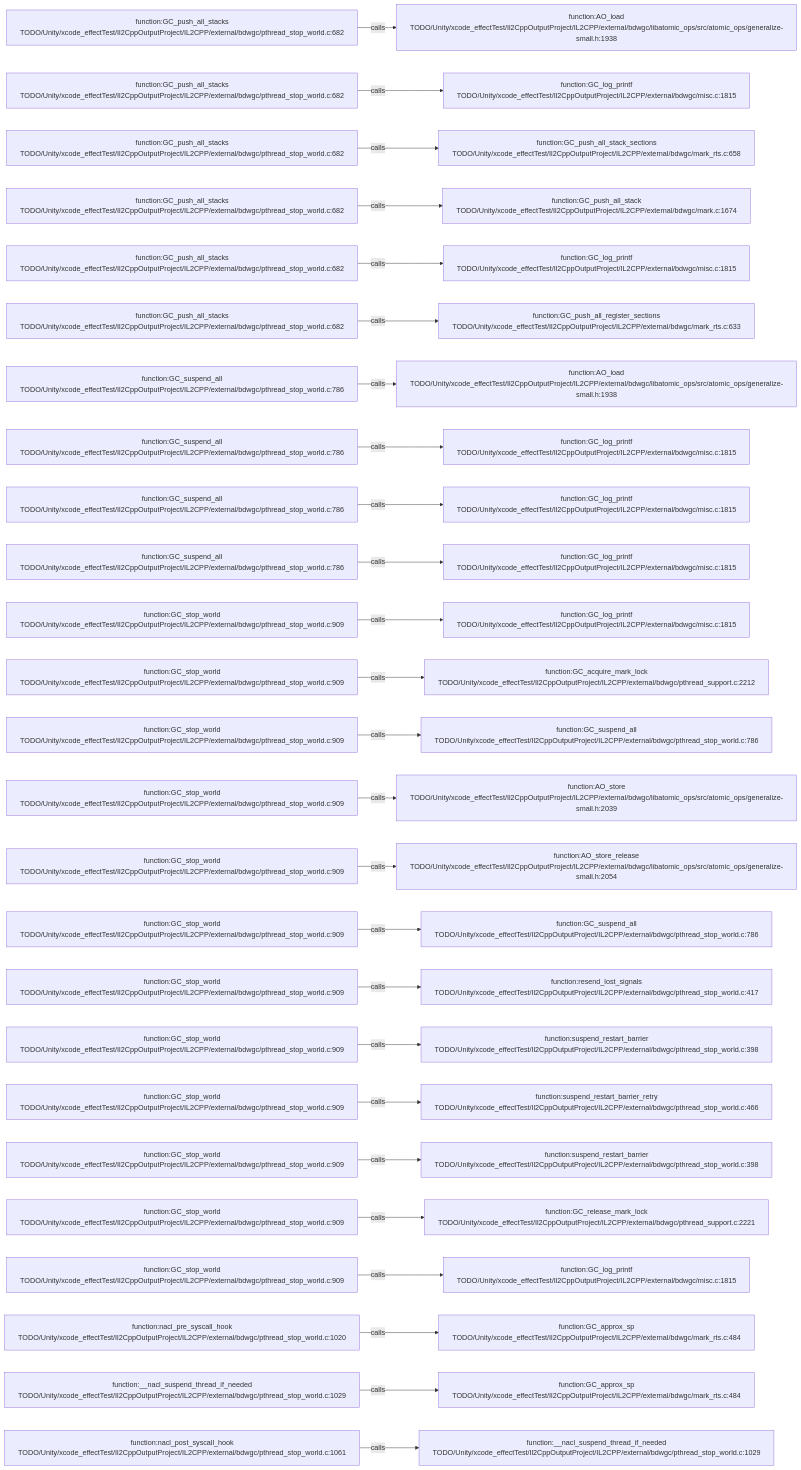
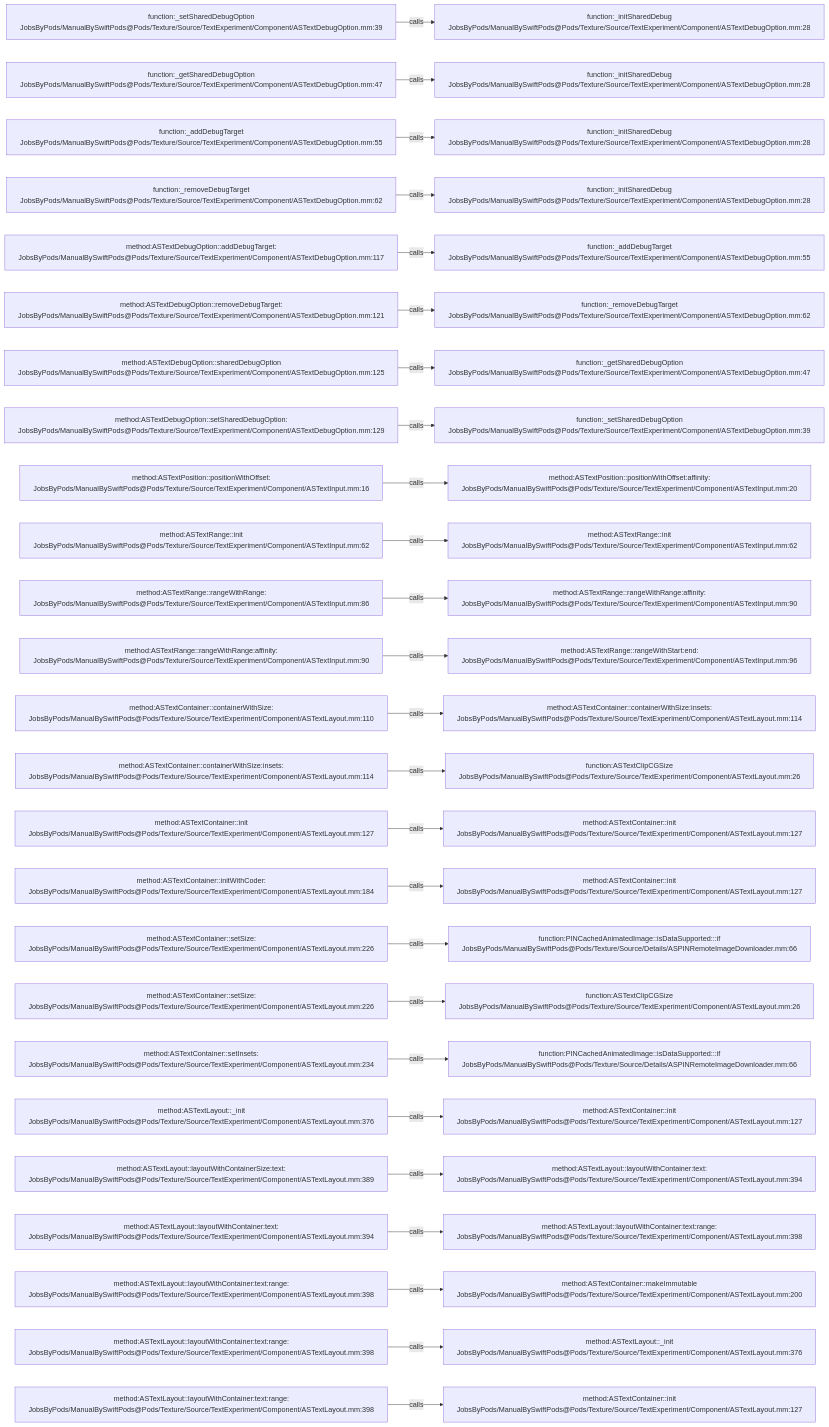
The diagram in .codegraph/codegraph.md/graphs/calls-150.md (JobsKits/JobsSwiftBaseConfigDemo), drawn with Mermaid before and after one commit. The commit also changed 2959 other files, not shown here.

````diff
--- a/.codegraph/codegraph.md/graphs/calls-150.md
+++ b/.codegraph/codegraph.md/graphs/calls-150.md
@@ -13,78 +13,78 @@
 ```mermaid
 flowchart LR
-  S1["function:GC_push_all_stacks<br/>TODO/Unity/xcode_effectTest/Il2CppOutputProject/IL2CPP/external/bdwgc/pthread_stop_world.c:682"]
-  T1["function:AO_load<br/>TODO/Unity/xcode_effectTest/Il2CppOutputProject/IL2CPP/external/bdwgc/libatomic_ops/src/atomic_ops/generalize-small.h:1938"]
+  S1["function:_setSharedDebugOption<br/>JobsByPods/ManualBySwiftPods@Pods/Texture/Source/TextExperiment/Component/ASTextDebugOption.mm:39"]
+  T1["function:_initSharedDebug<br/>JobsByPods/ManualBySwiftPods@Pods/Texture/Source/TextExperiment/Component/ASTextDebugOption.mm:28"]
   S1 -->|calls| T1
-  S2["function:GC_push_all_stacks<br/>TODO/Unity/xcode_effectTest/Il2CppOutputProject/IL2CPP/external/bdwgc/pthread_stop_world.c:682"]
-  T2["function:GC_log_printf<br/>TODO/Unity/xcode_effectTest/Il2CppOutputProject/IL2CPP/external/bdwgc/misc.c:1815"]
+  S2["function:_getSharedDebugOption<br/>JobsByPods/ManualBySwiftPods@Pods/Texture/Source/TextExperiment/Component/ASTextDebugOption.mm:47"]
+  T2["function:_initSharedDebug<br/>JobsByPods/ManualBySwiftPods@Pods/Texture/Source/TextExperiment/Component/ASTextDebugOption.mm:28"]
   S2 -->|calls| T2
-  S3["function:GC_push_all_stacks<br/>TODO/Unity/xcode_effectTest/Il2CppOutputProject/IL2CPP/external/bdwgc/pthread_stop_world.c:682"]
-  T3["function:GC_push_all_stack_sections<br/>TODO/Unity/xcode_effectTest/Il2CppOutputProject/IL2CPP/external/bdwgc/mark_rts.c:658"]
+  S3["function:_addDebugTarget<br/>JobsByPods/ManualBySwiftPods@Pods/Texture/Source/TextExperiment/Component/ASTextDebugOption.mm:55"]
+  T3["function:_initSharedDebug<br/>JobsByPods/ManualBySwiftPods@Pods/Texture/Source/TextExperiment/Component/ASTextDebugOption.mm:28"]
   S3 -->|calls| T3
-  S4["function:GC_push_all_stacks<br/>TODO/Unity/xcode_effectTest/Il2CppOutputProject/IL2CPP/external/bdwgc/pthread_stop_world.c:682"]
-  T4["function:GC_push_all_stack<br/>TODO/Unity/xcode_effectTest/Il2CppOutputProject/IL2CPP/external/bdwgc/mark.c:1674"]
+  S4["function:_removeDebugTarget<br/>JobsByPods/ManualBySwiftPods@Pods/Texture/Source/TextExperiment/Component/ASTextDebugOption.mm:62"]
+  T4["function:_initSharedDebug<br/>JobsByPods/ManualBySwiftPods@Pods/Texture/Source/TextExperiment/Component/ASTextDebugOption.mm:28"]
   S4 -->|calls| T4
-  S5["function:GC_push_all_stacks<br/>TODO/Unity/xcode_effectTest/Il2CppOutputProject/IL2CPP/external/bdwgc/pthread_stop_world.c:682"]
-  T5["function:GC_log_printf<br/>TODO/Unity/xcode_effectTest/Il2CppOutputProject/IL2CPP/external/bdwgc/misc.c:1815"]
+  S5["method:ASTextDebugOption::addDebugTarget:<br/>JobsByPods/ManualBySwiftPods@Pods/Texture/Source/TextExperiment/Component/ASTextDebugOption.mm:117"]
+  T5["function:_addDebugTarget<br/>JobsByPods/ManualBySwiftPods@Pods/Texture/Source/TextExperiment/Component/ASTextDebugOption.mm:55"]
   S5 -->|calls| T5
-  S6["function:GC_push_all_stacks<br/>TODO/Unity/xcode_effectTest/Il2CppOutputProject/IL2CPP/external/bdwgc/pthread_stop_world.c:682"]
-  T6["function:GC_push_all_register_sections<br/>TODO/Unity/xcode_effectTest/Il2CppOutputProject/IL2CPP/external/bdwgc/mark_rts.c:633"]
+  S6["method:ASTextDebugOption::removeDebugTarget:<br/>JobsByPods/ManualBySwiftPods@Pods/Texture/Source/TextExperiment/Component/ASTextDebugOption.mm:121"]
+  T6["function:_removeDebugTarget<br/>JobsByPods/ManualBySwiftPods@Pods/Texture/Source/TextExperiment/Component/ASTextDebugOption.mm:62"]
   S6 -->|calls| T6
-  S7["function:GC_suspend_all<br/>TODO/Unity/xcode_effectTest/Il2CppOutputProject/IL2CPP/external/bdwgc/pthread_stop_world.c:786"]
-  T7["function:AO_load<br/>TODO/Unity/xcode_effectTest/Il2CppOutputProject/IL2CPP/external/bdwgc/libatomic_ops/src/atomic_ops/generalize-small.h:1938"]
+  S7["method:ASTextDebugOption::sharedDebugOption<br/>JobsByPods/ManualBySwiftPods@Pods/Texture/Source/TextExperiment/Component/ASTextDebugOption.mm:125"]
+  T7["function:_getSharedDebugOption<br/>JobsByPods/ManualBySwiftPods@Pods/Texture/Source/TextExperiment/Component/ASTextDebugOption.mm:47"]
   S7 -->|calls| T7
-  S8["function:GC_suspend_all<br/>TODO/Unity/xcode_effectTest/Il2CppOutputProject/IL2CPP/external/bdwgc/pthread_stop_world.c:786"]
-  T8["function:GC_log_printf<br/>TODO/Unity/xcode_effectTest/Il2CppOutputProject/IL2CPP/external/bdwgc/misc.c:1815"]
+  S8["method:ASTextDebugOption::setSharedDebugOption:<br/>JobsByPods/ManualBySwiftPods@Pods/Texture/Source/TextExperiment/Component/ASTextDebugOption.mm:129"]
+  T8["function:_setSharedDebugOption<br/>JobsByPods/ManualBySwiftPods@Pods/Texture/Source/TextExperiment/Component/ASTextDebugOption.mm:39"]
   S8 -->|calls| T8
-  S9["function:GC_suspend_all<br/>TODO/Unity/xcode_effectTest/Il2CppOutputProject/IL2CPP/external/bdwgc/pthread_stop_world.c:786"]
-  T9["function:GC_log_printf<br/>TODO/Unity/xcode_effectTest/Il2CppOutputProject/IL2CPP/external/bdwgc/misc.c:1815"]
+  S9["method:ASTextPosition::positionWithOffset:<br/>JobsByPods/ManualBySwiftPods@Pods/Texture/Source/TextExperiment/Component/ASTextInput.mm:16"]
+  T9["method:ASTextPosition::positionWithOffset:affinity:<br/>JobsByPods/ManualBySwiftPods@Pods/Texture/Source/TextExperiment/Component/ASTextInput.mm:20"]
   S9 -->|calls| T9
-  S10["function:GC_suspend_all<br/>TODO/Unity/xcode_effectTest/Il2CppOutputProject/IL2CPP/external/bdwgc/pthread_stop_world.c:786"]
-  T10["function:GC_log_printf<br/>TODO/Unity/xcode_effectTest/Il2CppOutputProject/IL2CPP/external/bdwgc/misc.c:1815"]
+  S10["method:ASTextRange::init<br/>JobsByPods/ManualBySwiftPods@Pods/Texture/Source/TextExperiment/Component/ASTextInput.mm:62"]
+  T10["method:ASTextRange::init<br/>JobsByPods/ManualBySwiftPods@Pods/Texture/Source/TextExperiment/Component/ASTextInput.mm:62"]
   S10 -->|calls| T10
-  S11["function:GC_stop_world<br/>TODO/Unity/xcode_effectTest/Il2CppOutputProject/IL2CPP/external/bdwgc/pthread_stop_world.c:909"]
-  T11["function:GC_log_printf<br/>TODO/Unity/xcode_effectTest/Il2CppOutputProject/IL2CPP/external/bdwgc/misc.c:1815"]
+  S11["method:ASTextRange::rangeWithRange:<br/>JobsByPods/ManualBySwiftPods@Pods/Texture/Source/TextExperiment/Component/ASTextInput.mm:86"]
+  T11["method:ASTextRange::rangeWithRange:affinity:<br/>JobsByPods/ManualBySwiftPods@Pods/Texture/Source/TextExperiment/Component/ASTextInput.mm:90"]
   S11 -->|calls| T11
-  S12["function:GC_stop_world<br/>TODO/Unity/xcode_effectTest/Il2CppOutputProject/IL2CPP/external/bdwgc/pthread_stop_world.c:909"]
-  T12["function:GC_acquire_mark_lock<br/>TODO/Unity/xcode_effectTest/Il2CppOutputProject/IL2CPP/external/bdwgc/pthread_support.c:2212"]
+  S12["method:ASTextRange::rangeWithRange:affinity:<br/>JobsByPods/ManualBySwiftPods@Pods/Texture/Source/TextExperiment/Component/ASTextInput.mm:90"]
+  T12["method:ASTextRange::rangeWithStart:end:<br/>JobsByPods/ManualBySwiftPods@Pods/Texture/Source/TextExperiment/Component/ASTextInput.mm:96"]
   S12 -->|calls| T12
-  S13["function:GC_stop_world<br/>TODO/Unity/xcode_effectTest/Il2CppOutputProject/IL2CPP/external/bdwgc/pthread_stop_world.c:909"]
-  T13["function:GC_suspend_all<br/>TODO/Unity/xcode_effectTest/Il2CppOutputProject/IL2CPP/external/bdwgc/pthread_stop_world.c:786"]
+  S13["method:ASTextContainer::containerWithSize:<br/>JobsByPods/ManualBySwiftPods@Pods/Texture/Source/TextExperiment/Component/ASTextLayout.mm:110"]
+  T13["method:ASTextContainer::containerWithSize:insets:<br/>JobsByPods/ManualBySwiftPods@Pods/Texture/Source/TextExperiment/Component/ASTextLayout.mm:114"]
   S13 -->|calls| T13
-  S14["function:GC_stop_world<br/>TODO/Unity/xcode_effectTest/Il2CppOutputProject/IL2CPP/external/bdwgc/pthread_stop_world.c:909"]
-  T14["function:AO_store<br/>TODO/Unity/xcode_effectTest/Il2CppOutputProject/IL2CPP/external/bdwgc/libatomic_ops/src/atomic_ops/generalize-small.h:2039"]
+  S14["method:ASTextContainer::containerWithSize:insets:<br/>JobsByPods/ManualBySwiftPods@Pods/Texture/Source/TextExperiment/Component/ASTextLayout.mm:114"]
+  T14["function:ASTextClipCGSize<br/>JobsByPods/ManualBySwiftPods@Pods/Texture/Source/TextExperiment/Component/ASTextLayout.mm:26"]
   S14 -->|calls| T14
-  S15["function:GC_stop_world<br/>TODO/Unity/xcode_effectTest/Il2CppOutputProject/IL2CPP/external/bdwgc/pthread_stop_world.c:909"]
-  T15["function:AO_store_release<br/>TODO/Unity/xcode_effectTest/Il2CppOutputProject/IL2CPP/external/bdwgc/libatomic_ops/src/atomic_ops/generalize-small.h:2054"]
+  S15["method:ASTextContainer::init<br/>JobsByPods/ManualBySwiftPods@Pods/Texture/Source/TextExperiment/Component/ASTextLayout.mm:127"]
+  T15["method:ASTextContainer::init<br/>JobsByPods/ManualBySwiftPods@Pods/Texture/Source/TextExperiment/Component/ASTextLayout.mm:127"]
   S15 -->|calls| T15
-  S16["function:GC_stop_world<br/>TODO/Unity/xcode_effectTest/Il2CppOutputProject/IL2CPP/external/bdwgc/pthread_stop_world.c:909"]
-  T16["function:GC_suspend_all<br/>TODO/Unity/xcode_effectTest/Il2CppOutputProject/IL2CPP/external/bdwgc/pthread_stop_world.c:786"]
+  S16["method:ASTextContainer::initWithCoder:<br/>JobsByPods/ManualBySwiftPods@Pods/Texture/Source/TextExperiment/Component/ASTextLayout.mm:184"]
+  T16["method:ASTextContainer::init<br/>JobsByPods/ManualBySwiftPods@Pods/Texture/Source/TextExperiment/Component/ASTextLayout.mm:127"]
   S16 -->|calls| T16
-  S17["function:GC_stop_world<br/>TODO/Unity/xcode_effectTest/Il2CppOutputProject/IL2CPP/external/bdwgc/pthread_stop_world.c:909"]
-  T17["function:resend_lost_signals<br/>TODO/Unity/xcode_effectTest/Il2CppOutputProject/IL2CPP/external/bdwgc/pthread_stop_world.c:417"]
+  S17["method:ASTextContainer::setSize:<br/>JobsByPods/ManualBySwiftPods@Pods/Texture/Source/TextExperiment/Component/ASTextLayout.mm:226"]
+  T17["function:PINCachedAnimatedImage::isDataSupported:::if<br/>JobsByPods/ManualBySwiftPods@Pods/Texture/Source/Details/ASPINRemoteImageDownloader.mm:66"]
   S17 -->|calls| T17
-  S18["function:GC_stop_world<br/>TODO/Unity/xcode_effectTest/Il2CppOutputProject/IL2CPP/external/bdwgc/pthread_stop_world.c:909"]
-  T18["function:suspend_restart_barrier<br/>TODO/Unity/xcode_effectTest/Il2CppOutputProject/IL2CPP/external/bdwgc/pthread_stop_world.c:398"]
+  S18["method:ASTextContainer::setSize:<br/>JobsByPods/ManualBySwiftPods@Pods/Texture/Source/TextExperiment/Component/ASTextLayout.mm:226"]
+  T18["function:ASTextClipCGSize<br/>JobsByPods/ManualBySwiftPods@Pods/Texture/Source/TextExperiment/Component/ASTextLayout.mm:26"]
   S18 -->|calls| T18
-  S19["function:GC_stop_world<br/>TODO/Unity/xcode_effectTest/Il2CppOutputProject/IL2CPP/external/bdwgc/pthread_stop_world.c:909"]
-  T19["function:suspend_restart_barrier_retry<br/>TODO/Unity/xcode_effectTest/Il2CppOutputProject/IL2CPP/external/bdwgc/pthread_stop_world.c:466"]
+  S19["method:ASTextContainer::setInsets:<br/>JobsByPods/ManualBySwiftPods@Pods/Texture/Source/TextExperiment/Component/ASTextLayout.mm:234"]
+  T19["function:PINCachedAnimatedImage::isDataSupported:::if<br/>JobsByPods/ManualBySwiftPods@Pods/Texture/Source/Details/ASPINRemoteImageDownloader.mm:66"]
   S19 -->|calls| T19
-  S20["function:GC_stop_world<br/>TODO/Unity/xcode_effectTest/Il2CppOutputProject/IL2CPP/external/bdwgc/pthread_stop_world.c:909"]
-  T20["function:suspend_restart_barrier<br/>TODO/Unity/xcode_effectTest/Il2CppOutputProject/IL2CPP/external/bdwgc/pthread_stop_world.c:398"]
+  S20["method:ASTextLayout::_init<br/>JobsByPods/ManualBySwiftPods@Pods/Texture/Source/TextExperiment/Component/ASTextLayout.mm:376"]
+  T20["method:ASTextContainer::init<br/>JobsByPods/ManualBySwiftPods@Pods/Texture/Source/TextExperiment/Component/ASTextLayout.mm:127"]
   S20 -->|calls| T20
-  S21["function:GC_stop_world<br/>TODO/Unity/xcode_effectTest/Il2CppOutputProject/IL2CPP/external/bdwgc/pthread_stop_world.c:909"]
-  T21["function:GC_release_mark_lock<br/>TODO/Unity/xcode_effectTest/Il2CppOutputProject/IL2CPP/external/bdwgc/pthread_support.c:2221"]
+  S21["method:ASTextLayout::layoutWithContainerSize:text:<br/>JobsByPods/ManualBySwiftPods@Pods/Texture/Source/TextExperiment/Component/ASTextLayout.mm:389"]
+  T21["method:ASTextLayout::layoutWithContainer:text:<br/>JobsByPods/ManualBySwiftPods@Pods/Texture/Source/TextExperiment/Component/ASTextLayout.mm:394"]
   S21 -->|calls| T21
-  S22["function:GC_stop_world<br/>TODO/Unity/xcode_effectTest/Il2CppOutputProject/IL2CPP/external/bdwgc/pthread_stop_world.c:909"]
-  T22["function:GC_log_printf<br/>TODO/Unity/xcode_effectTest/Il2CppOutputProject/IL2CPP/external/bdwgc/misc.c:1815"]
+  S22["method:ASTextLayout::layoutWithContainer:text:<br/>JobsByPods/ManualBySwiftPods@Pods/Texture/Source/TextExperiment/Component/ASTextLayout.mm:394"]
+  T22["method:ASTextLayout::layoutWithContainer:text:range:<br/>JobsByPods/ManualBySwiftPods@Pods/Texture/Source/TextExperiment/Component/ASTextLayout.mm:398"]
   S22 -->|calls| T22
-  S23["function:nacl_pre_syscall_hook<br/>TODO/Unity/xcode_effectTest/Il2CppOutputProject/IL2CPP/external/bdwgc/pthread_stop_world.c:1020"]
-  T23["function:GC_approx_sp<br/>TODO/Unity/xcode_effectTest/Il2CppOutputProject/IL2CPP/external/bdwgc/mark_rts.c:484"]
+  S23["method:ASTextLayout::layoutWithContainer:text:range:<br/>JobsByPods/ManualBySwiftPods@Pods/Texture/Source/TextExperiment/Component/ASTextLayout.mm:398"]
+  T23["method:ASTextContainer::makeImmutable<br/>JobsByPods/ManualBySwiftPods@Pods/Texture/Source/TextExperiment/Component/ASTextLayout.mm:200"]
   S23 -->|calls| T23
-  S24["function:__nacl_suspend_thread_if_needed<br/>TODO/Unity/xcode_effectTest/Il2CppOutputProject/IL2CPP/external/bdwgc/pthread_stop_world.c:1029"]
-  T24["function:GC_approx_sp<br/>TODO/Unity/xcode_effectTest/Il2CppOutputProject/IL2CPP/external/bdwgc/mark_rts.c:484"]
+  S24["method:ASTextLayout::layoutWithContainer:text:range:<br/>JobsByPods/ManualBySwiftPods@Pods/Texture/Source/TextExperiment/Component/ASTextLayout.mm:398"]
+  T24["method:ASTextLayout::_init<br/>JobsByPods/ManualBySwiftPods@Pods/Texture/Source/TextExperiment/Component/ASTextLayout.mm:376"]
   S24 -->|calls| T24
-  S25["function:nacl_post_syscall_hook<br/>TODO/Unity/xcode_effectTest/Il2CppOutputProject/IL2CPP/external/bdwgc/pthread_stop_world.c:1061"]
-  T25["function:__nacl_suspend_thread_if_needed<br/>TODO/Unity/xcode_effectTest/Il2CppOutputProject/IL2CPP/external/bdwgc/pthread_stop_world.c:1029"]
+  S25["method:ASTextLayout::layoutWithContainer:text:range:<br/>JobsByPods/ManualBySwiftPods@Pods/Texture/Source/TextExperiment/Component/ASTextLayout.mm:398"]
+  T25["method:ASTextContainer::init<br/>JobsByPods/ManualBySwiftPods@Pods/Texture/Source/TextExperiment/Component/ASTextLayout.mm:127"]
   S25 -->|calls| T25
 ```
````
